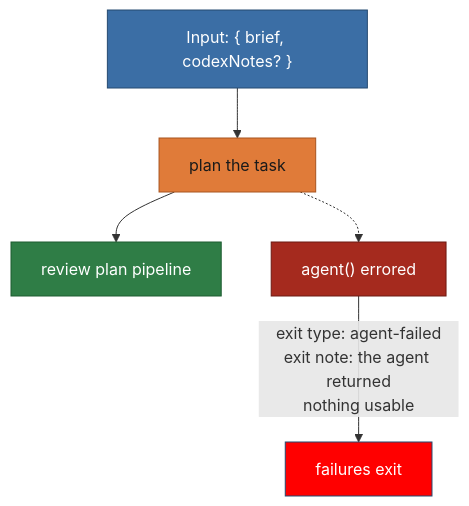
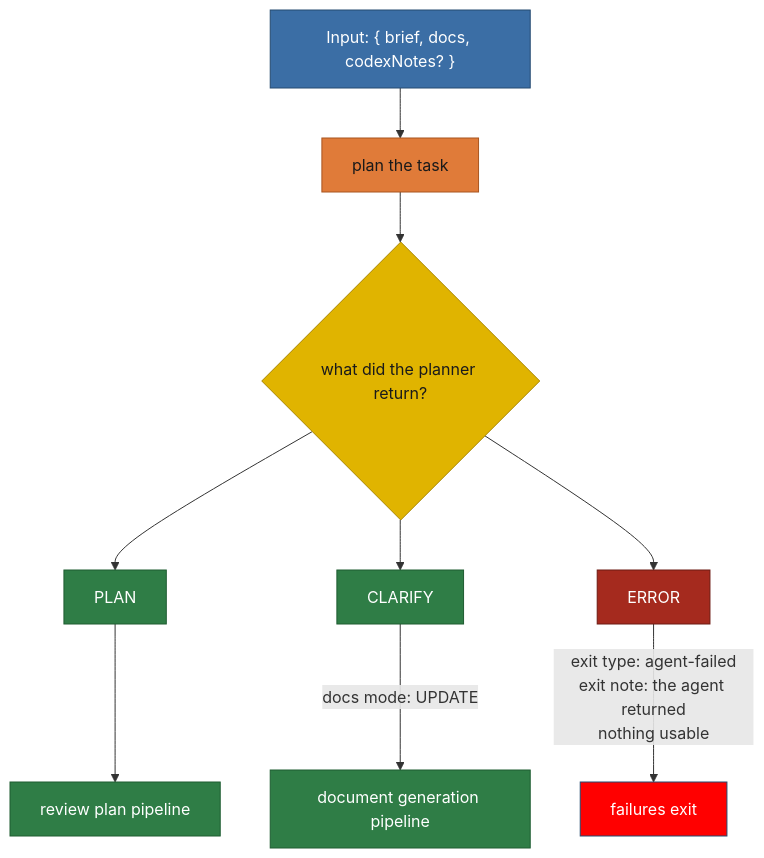
One commit to matkatmusic/taskTools changed the diagram in plans/diagram/pipeline-plan.mmd. Above: the diagram before and after it, drawn with Mermaid. The commit also changed 6 other files, not shown here.

```diff
--- a/plans/diagram/pipeline-plan.mmd
+++ b/plans/diagram/pipeline-plan.mmd
@@ -1,37 +1,59 @@
 flowchart TB
 %% PLAN PIPELINE. Split from pipeline-planning.mmd.
-%% Input: an active task and an initialized worktree from the preamble pipeline.
+%% Input: a task entry and the auto generated docs, from the document generation
+%% pipeline.
 %% One job: turn the tasks.json entry into a plan file.
-%% Starts at "plan the task". Ends with a draft plan.
+%% Starts at "plan the task". Ends with a draft plan, back in document
+%% generation, or with an exit.
 %% Rules that apply everywhere, not steps:
 %%   1. Every read and write of tasks.json is atomic.
-%%   2. The planner reads the tasks.json entry, nothing else. That is why the
-%%      review plan pipeline writes codex's notes into the entry before it sends
-%%      the run back here: a bare retry would repeat the first plan's mistakes.
-%%   3. A script that fails operationally, as opposed to returning a verdict,
-%%      exits the run as run-failed. The task is already active and a worktree
-%%      already exists here, so the exit workflow always runs in full.
+%%   2. The planner reads the tasks.json entry and the docs, nothing else. That is
+%%      why the review plan pipeline writes codex's notes into the entry before it
+%%      sends the run back here: a bare retry would repeat the first plan's
+%%      mistakes.
+%%   3. A subagent cannot ask the user anything. CLARIFY is how the planner says
+%%      it needs something it was not given - an answer, or a file the entry did
+%%      not list. It goes back to document generation in UPDATE mode so the docs
+%%      are rebuilt to cover it, then the planner runs again.
+%%   4. A script that fails operationally exits the run as run-failed. The task is
+%%      already active and a worktree already exists here, so the failures exit
+%%      runs in full.
+%% Box definitions where the name alone is not enough:
+%%   what did the planner return?  - three outcomes: PLAN, CLARIFY, ERROR.
+%%                                   ERROR is agent() returning null or garbage.
 %% Exit types this pipeline can produce:
 %%   agent-failed       - an agent returned nothing usable
 %%   run-failed         - a script failed operationally
 %% run-failed is deliberately not drawn as an edge out of every box. It can leave
 %% ANY green box, so drawing it would add one edge per box and hide the flow.
 %% The draft plan this pipeline emits is the input to the review plan pipeline.
 %% The review plan pipeline re-enters here when codex does not accept the plan.
 
-  ACTIVE_TASK_WORKTREE_INPUT["Input: { brief, codexNotes? }"] --> PLAN_THE_TASK
-  PLAN_THE_TASK["plan the task"] --> REVIEW_PLAN_PIPELINE["review plan pipeline"]
-  PLAN_THE_TASK -.-> AGENT_ERRORED["agent() errored"] -- "exit type: agent-failed<br/>exit note: the agent returned<br/>nothing usable" --> EXIT_WORKFLOW
+  DOCS_INPUT["Input: { brief, docs, codexNotes? }"] --> PLAN_THE_TASK
+  PLAN_THE_TASK["plan the task"] --> WHAT_DID_THE_PLANNER_RETURN{"what did the planner return?"}
+  WHAT_DID_THE_PLANNER_RETURN --> PLANNER_RETURNED_PLAN["PLAN"]
+  WHAT_DID_THE_PLANNER_RETURN --> PLANNER_RETURNED_CLARIFY["CLARIFY"]
+  WHAT_DID_THE_PLANNER_RETURN --> PLANNER_RETURNED_ERROR["ERROR"]
+
+  PLANNER_RETURNED_PLAN --> REVIEW_PLAN_PIPELINE["review plan pipeline"]
+  PLANNER_RETURNED_CLARIFY -- "docs mode: UPDATE" --> DOCUMENT_GENERATION_PIPELINE["document generation pipeline"]
+  PLANNER_RETURNED_ERROR -- "exit type: agent-failed<br/>exit note: the agent returned<br/>nothing usable" --> EXIT_WORKFLOW
 
   EXIT_WORKFLOW["failures exit"]
 
+  %% pass/nopass: green is the branch that keeps heading for the next pipeline,
+  %% red is the branch that ends in an exit.
   classDef pipeline fill:#2f7d46,stroke:#1e5c31,color:#ffffff
   classDef agent fill:#e07b39,stroke:#a8541f,color:#1a1a1a
+  classDef decision fill:#e0b400,stroke:#a88600,color:#1a1a1a
   classDef output fill:#3b6ea5,stroke:#254a70,color:#ffffff
   classDef fail fill:red,stroke:#254a70,color:#ffffff
+  classDef pass fill:#2f7d46,stroke:#1e5c31,color:#ffffff
   classDef nopass fill:#a52a1e,stroke:#6d1a12,color:#ffffff
+  class WHAT_DID_THE_PLANNER_RETURN decision
   class PLAN_THE_TASK agent
-  class REVIEW_PLAN_PIPELINE pipeline
-  class AGENT_ERRORED nopass
+  class REVIEW_PLAN_PIPELINE,DOCUMENT_GENERATION_PIPELINE pipeline
+  class PLANNER_RETURNED_PLAN,PLANNER_RETURNED_CLARIFY pass
+  class PLANNER_RETURNED_ERROR nopass
   class EXIT_WORKFLOW fail
-  class ACTIVE_TASK_WORKTREE_INPUT output
+  class DOCS_INPUT output
```
